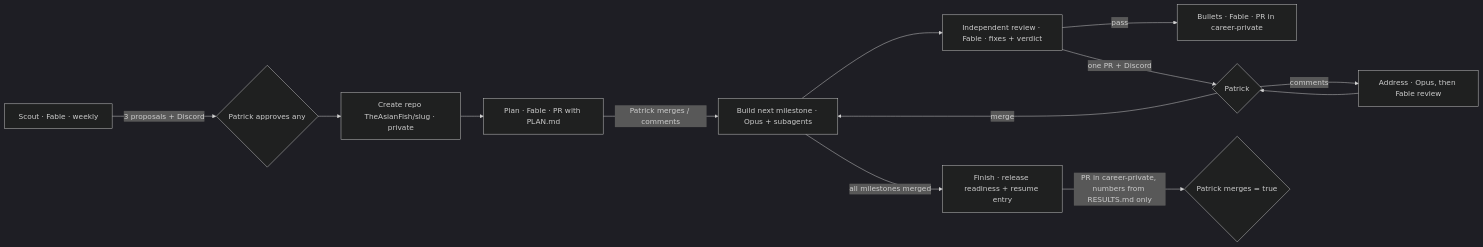
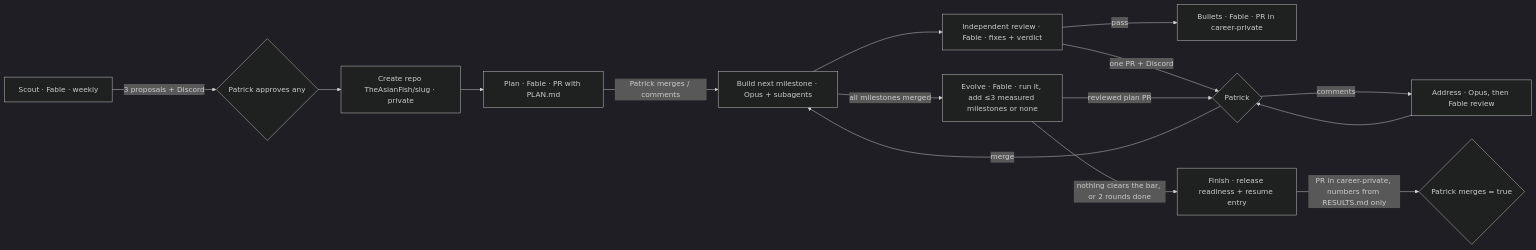
Before and after one commit to TheAsianFish/job-finder: the diagram in docs/project-builder.md, drawn with Mermaid (dark theme). The commit also changed other lines of this file and 13 other files, not shown here.

First line of the commit message:
feat(projects): problem-first scout, evolve stage that extends a finished plan when results justify it, steer command (AD-44)

````diff
--- a/docs/project-builder.md
+++ b/docs/project-builder.md
@@ -10,15 +10,17 @@
 ```mermaid
 flowchart LR
   S[Scout · Fable · weekly] -->|3 proposals + Discord| P{Patrick approves any}
   P --> C[Create repo TheAsianFish/slug · private]
   C --> PL[Plan · Fable · PR with PLAN.md]
   PL -->|Patrick merges / comments| B[Build next milestone · Opus + subagents]
   B --> R[Independent review · Fable · fixes + verdict]
   R -->|pass| BU[Bullets · Fable · PR in career-private]
   R -->|one PR + Discord| W{Patrick}
   W -->|comments| A[Address · Opus, then Fable review]
   A --> W
   W -->|merge| B
-  B -->|all milestones merged| F[Finish · release readiness + resume entry]
+  B -->|all milestones merged| E[Evolve · Fable · run it, add ≤3 measured milestones or none]
+  E -->|reviewed plan PR| W
+  E -->|nothing clears the bar, or 2 rounds done| F[Finish · release readiness + resume entry]
   F -->|PR in career-private, numbers from RESULTS.md only| V{Patrick merges = true}
 ```
````
